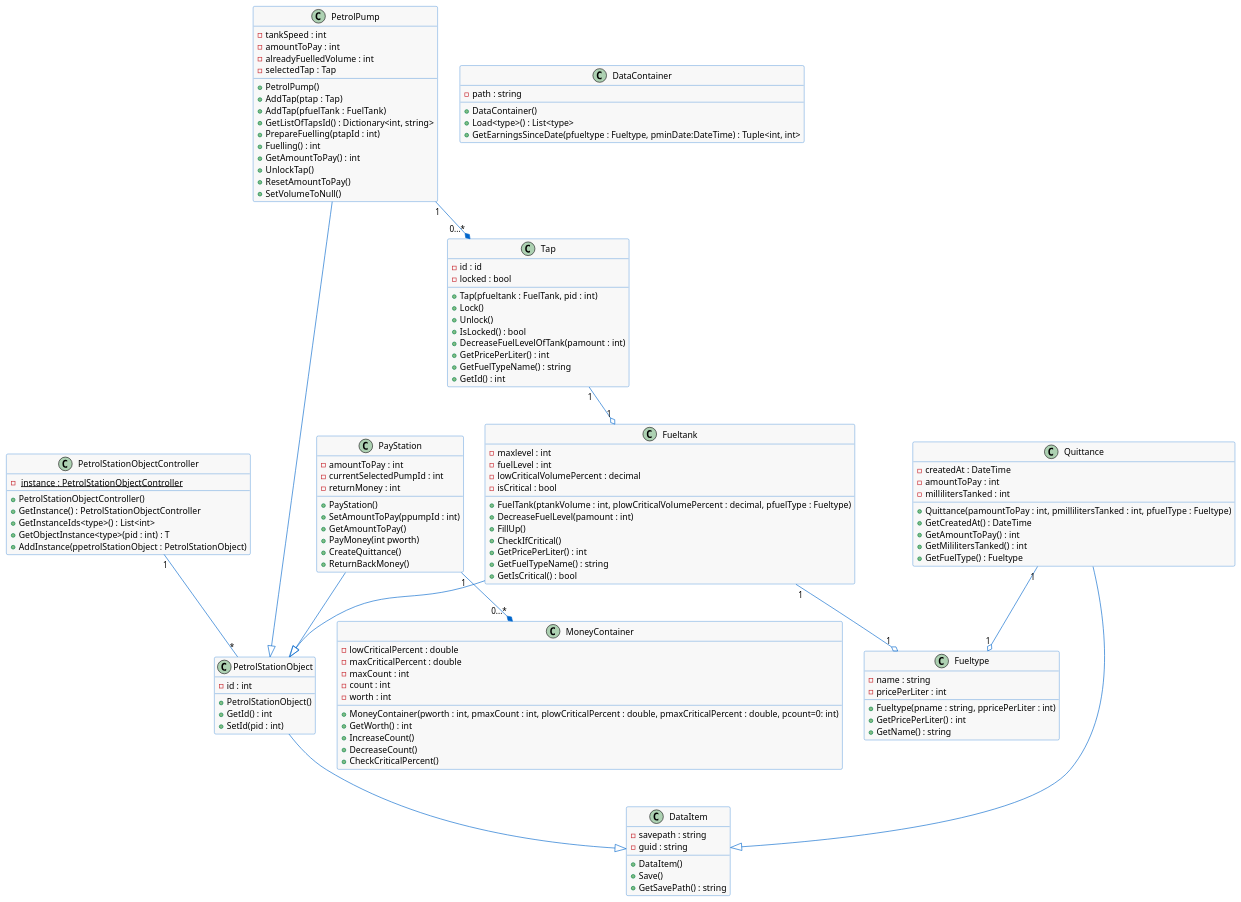
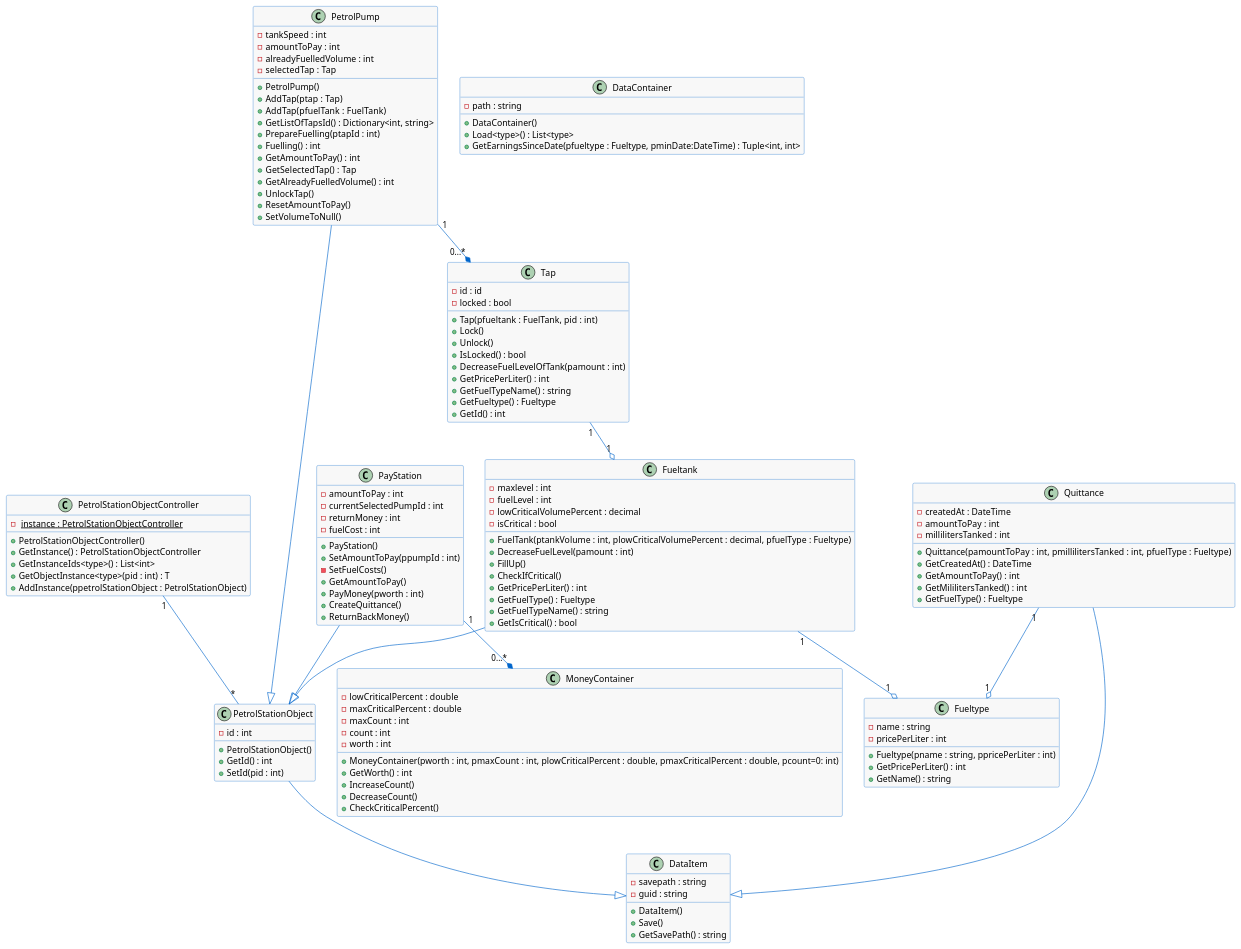
The diagram in Documentation/Diagrams/Businesslogic_class.pu (OddisJungs/PetrolStation), drawn with PlantUML before and after one commit. The commit also changed 4 other files, not shown here.

Commit message:
Added the 'CreateQuittance' part and updatet the classdiagram

```diff
--- a/Documentation/Diagrams/Businesslogic_class.pu
+++ b/Documentation/Diagrams/Businesslogic_class.pu
@@ -1,137 +1,143 @@
 @startuml
 'skinparam dpi 250'
 skinparam classBackgroundColor #F8F8F8
 skinparam classBorderColor #0066CC
 skinparam classArrowColor #0066CC
 
 class PetrolStationObjectController {
 	- <u> instance : PetrolStationObjectController
 	+ PetrolStationObjectController()
 	+ GetInstance() : PetrolStationObjectController
 	+ GetInstanceIds<type>() : List<int>
 	+ GetObjectInstance<type>(pid : int) : T
 	+ AddInstance(ppetrolStationObject : PetrolStationObject)
 }
 PetrolStationObjectController "1" -- "*" PetrolStationObject
 
 class DataContainer {
 	- path : string
 	+ DataContainer()
 	+ Load<type>() : List<type>
 	+ GetEarningsSinceDate(pfueltype : Fueltype, pminDate:DateTime) : Tuple<int, int>
 }
 
 class DataItem {
 	- savepath : string
 	- guid : string
 	+ DataItem()
 	+ Save()
 	+ GetSavePath() : string
 }
 
 class Fueltank {
 	- maxlevel : int
 	- fuelLevel : int
 	- lowCriticalVolumePercent : decimal
 	- isCritical : bool
 	+ FuelTank(ptankVolume : int, plowCriticalVolumePercent : decimal, pfuelType : Fueltype)
 	+ DecreaseFuelLevel(pamount : int)
 	+ FillUp()
 	+ CheckIfCritical()
 	+ GetPricePerLiter() : int
+        + GetFuelType() : Fueltype
 	+ GetFuelTypeName() : string
 	+ GetIsCritical() : bool
 }
 Fueltank "1"--o "1" Fueltype
 Fueltank --|> PetrolStationObject
 
 class Fueltype {
 	- name : string
 	- pricePerLiter : int
 	+ Fueltype(pname : string, ppricePerLiter : int)
 	+ GetPricePerLiter() : int
 	+ GetName() : string
 }
 
 class PayStation {
 	- amountToPay : int
 	- currentSelectedPumpId : int
 	- returnMoney : int
+- fuelCost : int
 	+ PayStation()
 	+ SetAmountToPay(ppumpId : int)
+- SetFuelCosts()
 	+ GetAmountToPay()
-	+ PayMoney(int pworth)
+	+ PayMoney(pworth : int)
 	+ CreateQuittance()
 	+ ReturnBackMoney()
 }
 PayStation "1" --* "0...*" MoneyContainer
 PayStation --|> PetrolStationObject
 
 class MoneyContainer {
 	- lowCriticalPercent : double
 	- maxCriticalPercent : double
 	- maxCount : int
 	- count : int
 	- worth : int
 	+ MoneyContainer(pworth : int, pmaxCount : int, plowCriticalPercent : double, pmaxCriticalPercent : double, pcount=0: int)
 	+ GetWorth() : int
 	+ IncreaseCount()
 	+ DecreaseCount()
 	+ CheckCriticalPercent() 
 }
 
 class PetrolPump {
 	- tankSpeed : int
 	- amountToPay : int
 	- alreadyFuelledVolume : int
 	- selectedTap : Tap
 	+ PetrolPump()
 	+ AddTap(ptap : Tap)
 	+ AddTap(pfuelTank : FuelTank)
 	+ GetListOfTapsId() : Dictionary<int, string>
 	+ PrepareFuelling(ptapId : int)
 	+ Fuelling() : int
 	+ GetAmountToPay() : int
+        + GetSelectedTap() : Tap
+        + GetAlreadyFuelledVolume() : int
 	+ UnlockTap()
 	+ ResetAmountToPay()
 	+ SetVolumeToNull()
 }
 PetrolPump "1" --* "0...*" Tap
 PetrolPump --|> PetrolStationObject
 
 class PetrolStationObject  {
 	- id : int
 	+ PetrolStationObject()
 	+ GetId() : int
 	+ SetId(pid : int)
 }
 PetrolStationObject --|> DataItem
 
 class Quittance {
 	- createdAt : DateTime
 	- amountToPay : int
 	- millilitersTanked : int
 	+ Quittance(pamountToPay : int, pmillilitersTanked : int, pfuelType : Fueltype)
 	+ GetCreatedAt() : DateTime
 	+ GetAmountToPay() : int
 	+ GetMililitersTanked() : int
 	+ GetFuelType() : Fueltype
 }
 Quittance "1" --o "1" Fueltype
 Quittance --|> DataItem
 
 class Tap {
 	- id : id
 	- locked : bool
 	+ Tap(pfueltank : FuelTank, pid : int)
 	+ Lock()
 	+ Unlock()
 	+ IsLocked() : bool
 	+ DecreaseFuelLevelOfTank(pamount : int)
 	+ GetPricePerLiter() : int
 	+ GetFuelTypeName() : string
+        + GetFueltype() : Fueltype
 	+ GetId() : int
 }
 Tap "1" --o "1" Fueltank
 
 @enduml 
```
